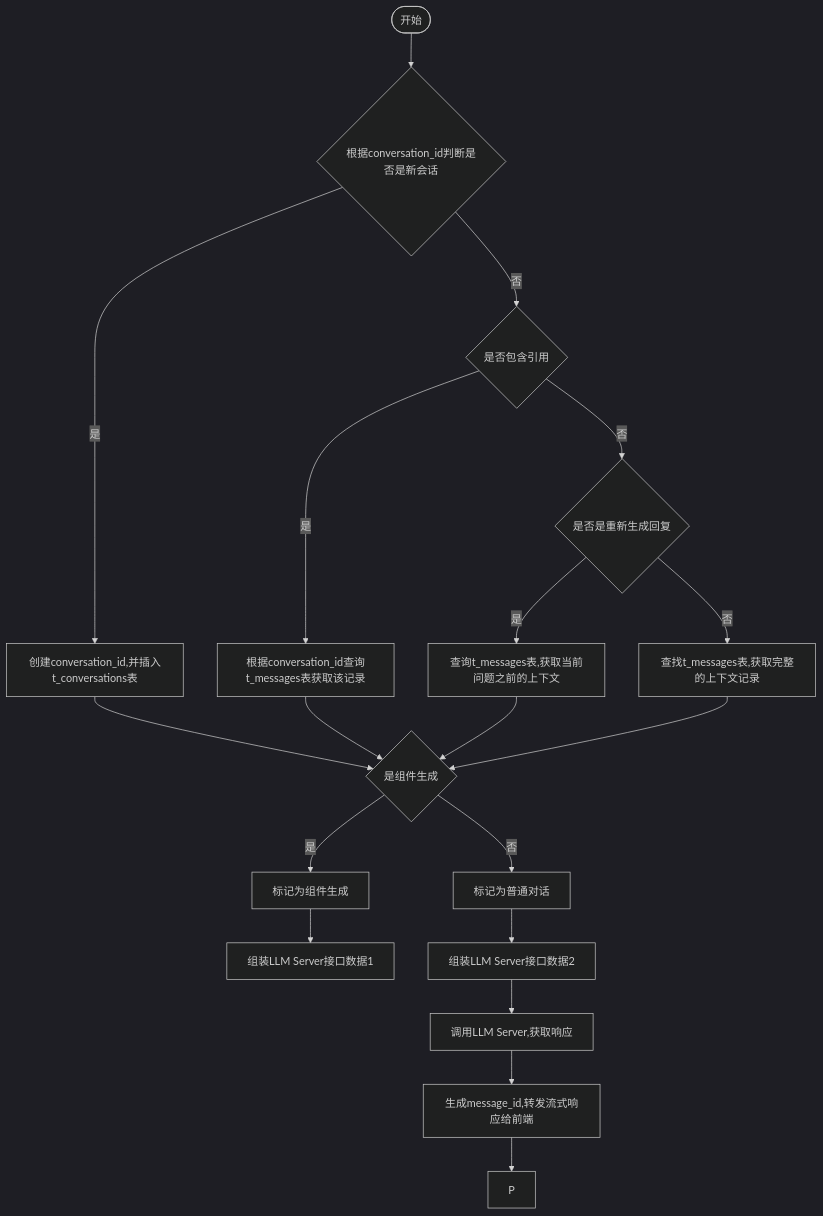
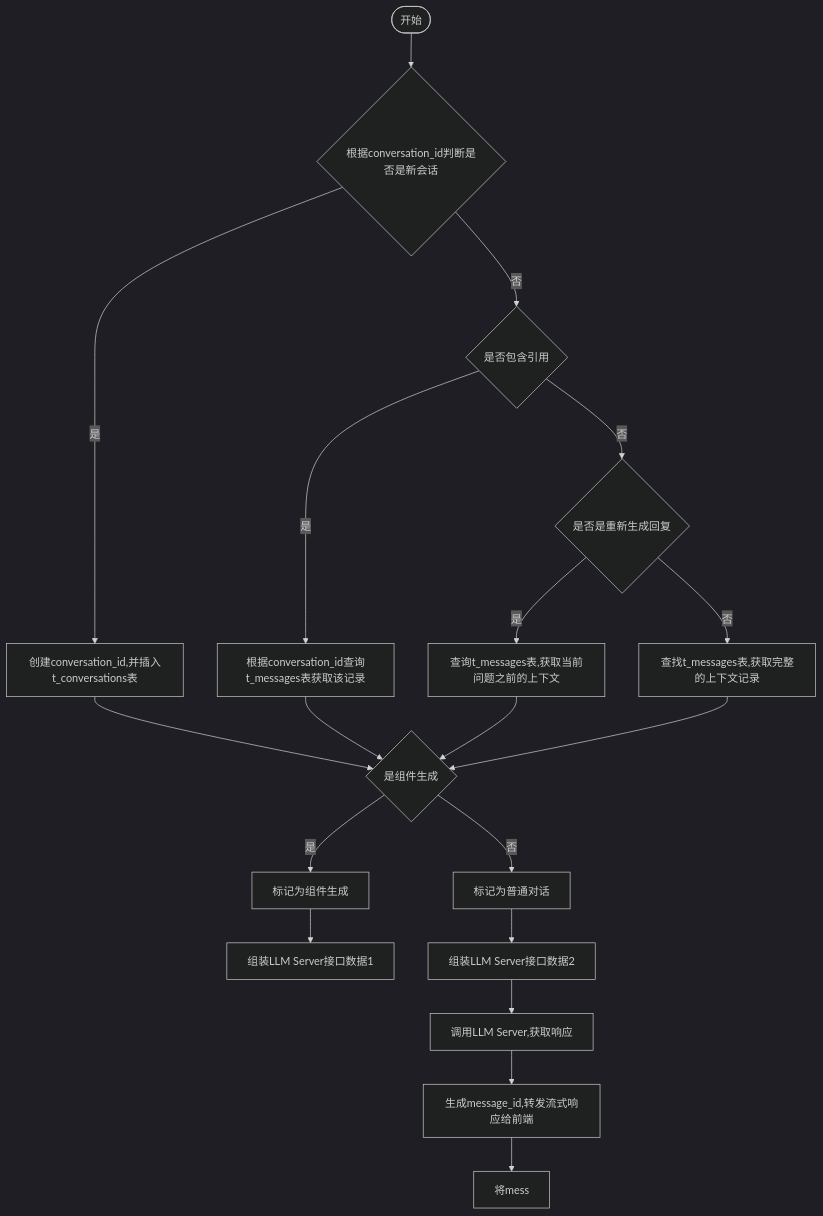
The diagram in all/未命名-7.md (yingjianzh/iodraw-files), drawn with Mermaid (dark theme) before and after one commit.

Commit message:
2024-10-12 14:32:21 update

````diff
--- a/all/未命名-7.md
+++ b/all/未命名-7.md
@@ -1,21 +1,21 @@
 ```mermaid
 flowchart TD
     A([开始]) --> B{根据conversation_id判断是否是新会话}
     B -- 是 --> C[创建conversation_id,并插入t_conversations表]
     B -- 否 --> D{是否包含引用}
     D -- 是 --> E[根据conversation_id查询t_messages表获取该记录]
     D -- 否 --> F{是否是重新生成回复}
     F -- 是 --> G[查询t_messages表,获取当前问题之前的上下文]
     F -- 否 --> H[查找t_messages表,获取完整的上下文记录]
      
     C & E & G & H --> I{是组件生成}
     I -- 是 --> J[标记为组件生成]
     I -- 否 --> K[标记为普通对话]
 
     J --> L[组装LLM Server接口数据1]    
     K --> M[组装LLM Server接口数据2]    
     M --> N[调用LLM Server,获取响应]    
     N --> O[生成message_id,转发流式响应给前端]
-    O --> P
+    O --> P[将mess]
 
 ```
````
